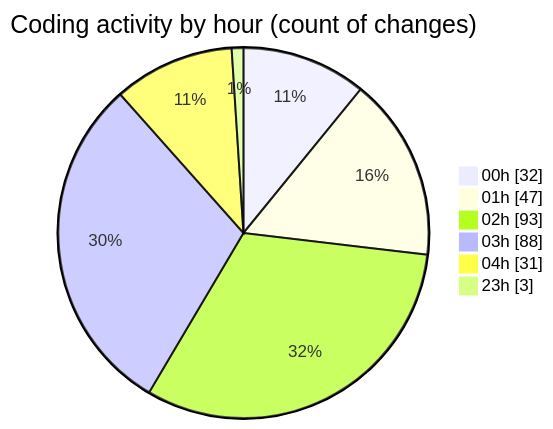
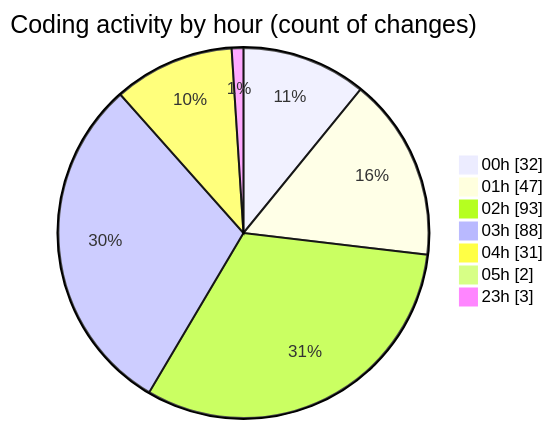
Before and after one commit to lephambinh05/code-tracking: the second of 2 diagrams in 2025-07-28/quanlyrapchieuphim-1/README.md, drawn with Mermaid. The commit also changed other lines of this file and 1 other file, not shown here.

````diff
--- a/2025-07-28/quanlyrapchieuphim-1/README.md
+++ b/2025-07-28/quanlyrapchieuphim-1/README.md
@@ -70,10 +71,11 @@
 ```mermaid
 pie showData
 title Coding activity by hour (count of changes)
 "00h" : 32
 "01h" : 47
 "02h" : 93
 "03h" : 88
 "04h" : 31
+"05h" : 2
 "23h" : 3
 ```
````
